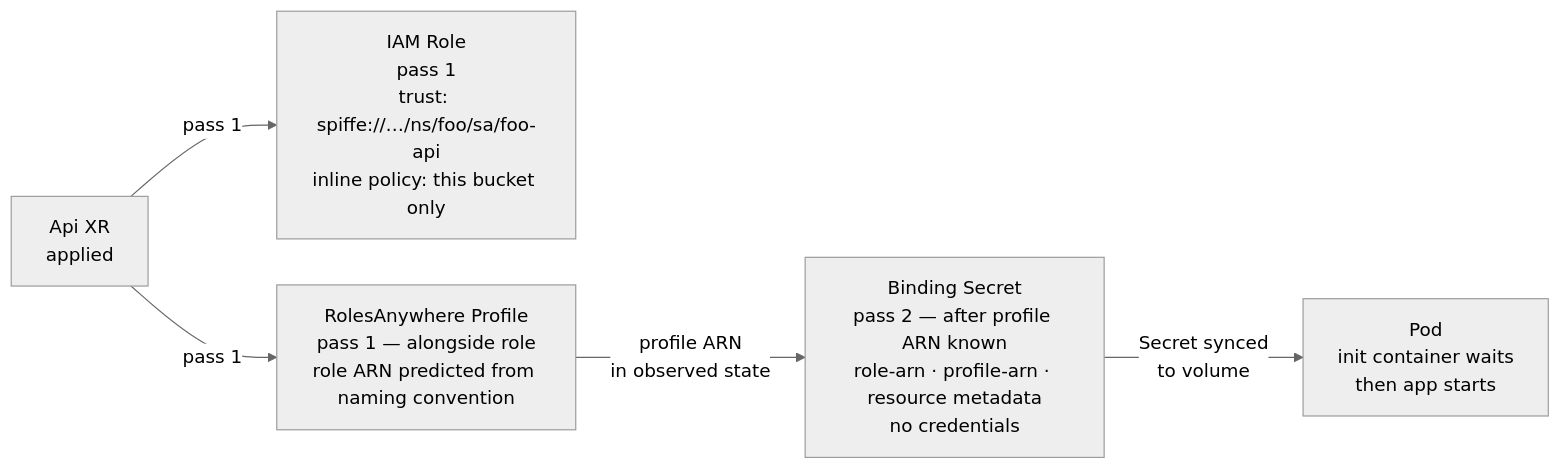
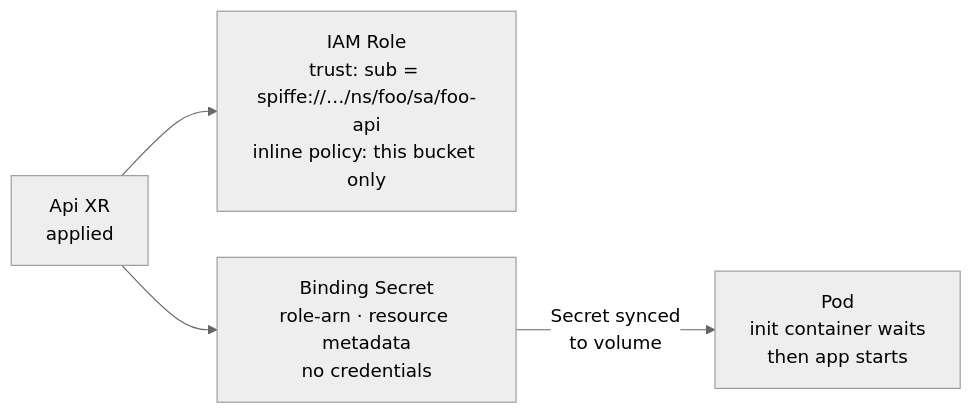
The first of 2 diagrams in docs/platform-workload-identity.md (cujarrett/homelab), drawn with Mermaid (neutral theme) before and after one commit. The commit also changed other lines of this file and 17 other files, not shown here.

````diff
--- a/docs/platform-workload-identity.md
+++ b/docs/platform-workload-identity.md
@@ -46,14 +75,12 @@
 ```mermaid
 %%{init: {'flowchart': {'nodeSpacing': 40, 'rankSpacing': 60}}}%%
 flowchart LR
     xr["Api XR\napplied"]
-    role["IAM Role\npass 1\ntrust: spiffe://…/ns/foo/sa/foo-api\ninline policy: this bucket only"]
-    profile["RolesAnywhere Profile\npass 1 — alongside role\nrole ARN predicted from naming convention"]
-    secret["Binding Secret\npass 2 — after profile ARN known\nrole-arn · profile-arn · resource metadata\nno credentials"]
+    role["IAM Role\ntrust: sub = spiffe://…/ns/foo/sa/foo-api\ninline policy: this bucket only"]
+    secret["Binding Secret\nrole-arn · resource metadata\nno credentials"]
     pod["Pod\ninit container waits\nthen app starts"]
 
-    xr -->|"pass 1"| role
-    xr -->|"pass 1"| profile
-    profile -->|"profile ARN\nin observed state"| secret
+    xr --> role
+    xr --> secret
     secret -->|"Secret synced\nto volume"| pod
 ```
````
